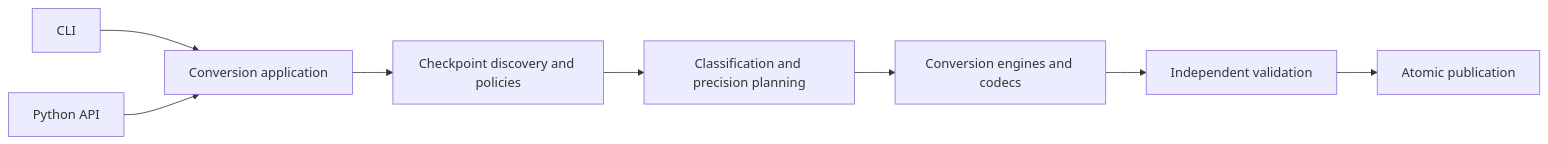
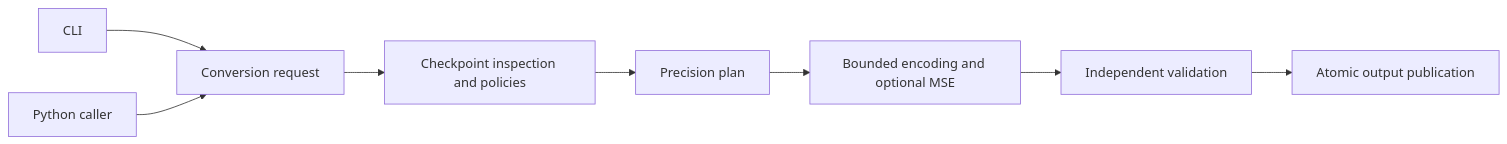
Before and after one commit to NidAll/comfyui-native-quantizer: the diagram in docs/architecture.md, drawn with Mermaid. The commit also changed other lines of this file and 68 other files, not shown here.

````diff
--- a/docs/architecture.md
+++ b/docs/architecture.md
@@ -7,10 +7,10 @@
 ```mermaid
 flowchart LR
-    CLI[CLI] --> App[Conversion application]
-    API[Python API] --> App
-    App --> Input[Checkpoint discovery and policies]
-    Input --> Plan[Classification and precision planning]
-    Plan --> Run[Conversion engines and codecs]
-    Run --> Validate[Independent validation]
-    Validate --> Publish[Atomic publication]
+    CLI[CLI] --> API[Conversion request]
+    Python[Python caller] --> API
+    API --> Inspect[Checkpoint inspection and policies]
+    Inspect --> Plan[Precision plan]
+    Plan --> Encode[Bounded encoding and optional MSE]
+    Encode --> Verify[Independent validation]
+    Verify --> Output[Atomic output publication]
 ```
````
